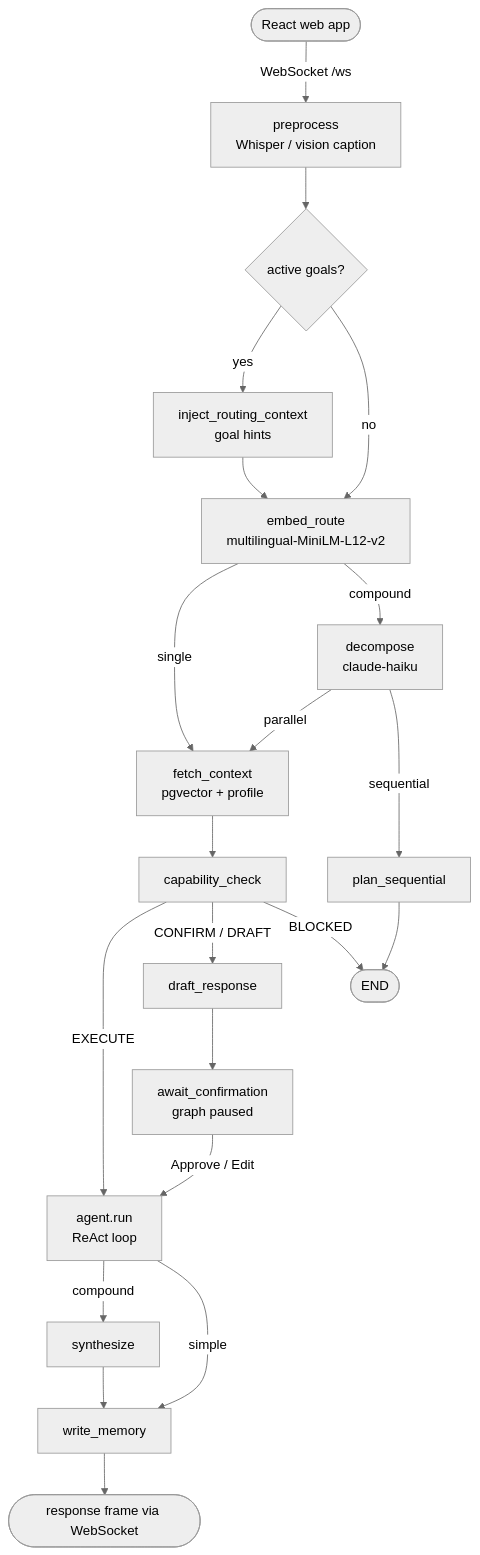
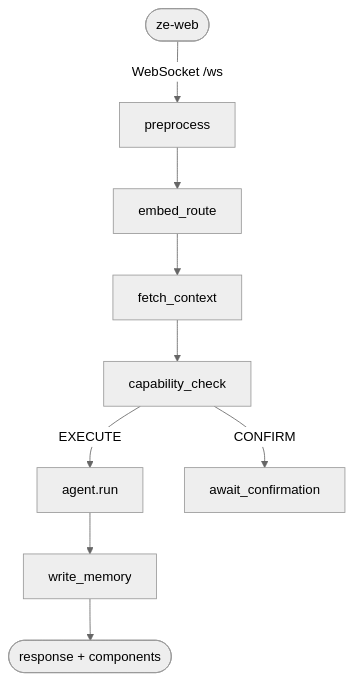
Before and after one commit to myguyze/ze: the diagram in README.md, drawn with Mermaid (neutral theme). The commit also changed other lines of this file, not shown here.

````diff
--- a/README.md
+++ b/README.md
@@ -40,23 +134,11 @@
 ```mermaid
 flowchart TD
-    A([React web app]) -->|WebSocket /ws| PRE
-    PRE[preprocess<br/>Whisper / vision caption] --> IRC{active goals?}
-    IRC -->|yes| INJ[inject_routing_context<br/>goal hints]
-    IRC -->|no| ER
-    INJ --> ER
-
-    ER[embed_route<br/>multilingual-MiniLM-L12-v2]
-    ER -->|single| FC[fetch_context<br/>pgvector + profile]
-    ER -->|compound| DEC[decompose<br/>claude-haiku]
-    DEC -->|parallel| FC
-    DEC -->|sequential| PS[plan_sequential] --> ENDX([END])
-
+    A([ze-web]) -->|WebSocket /ws| PRE[preprocess]
+    PRE --> ER[embed_route]
+    ER --> FC[fetch_context]
     FC --> CG[capability_check]
-    CG -->|EXECUTE| EX[agent.run<br/>ReAct loop]
-    CG -->|CONFIRM / DRAFT| DR[draft_response] --> AC[await_confirmation<br/>graph paused]
-    CG -->|BLOCKED| ENDX
-    AC -->|Approve / Edit| EX
-    EX -->|compound| SY[synthesize] --> WM
-    EX -->|simple| WM[write_memory]
-    WM --> R([response frame via WebSocket])
+    CG -->|EXECUTE| EX[agent.run]
+    CG -->|CONFIRM| AC[await_confirmation]
+    EX --> WM[write_memory]
+    WM --> R([response + components])
 ```
````
